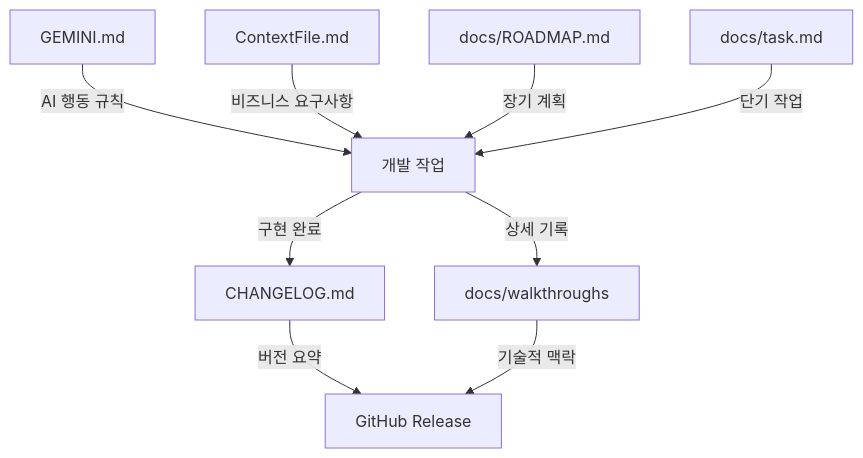
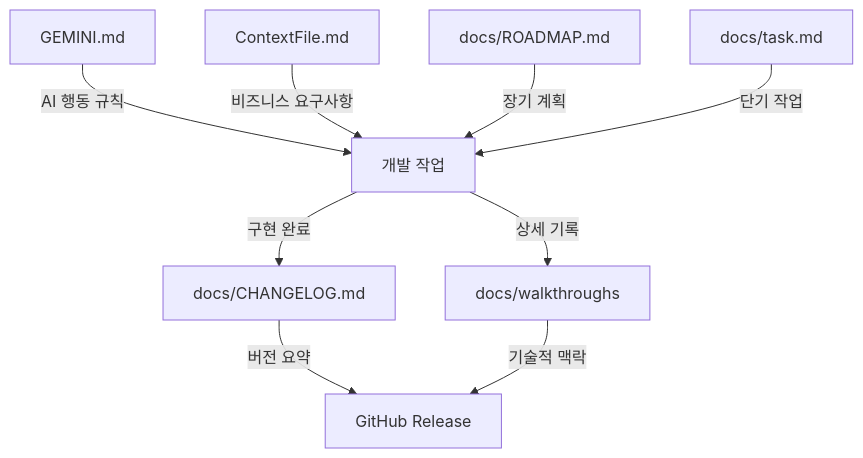
Before and after one commit to deuxksy/today-vn-news: the second of 2 diagrams in README.md, drawn with Mermaid. The commit also changed other lines of this file and 2 other files, not shown here.

First line of the commit message:
refactor: CHANGELOG.md를 docs/ 폴더로 이동

````diff
--- a/README.md
+++ b/README.md
@@ -117,11 +117,11 @@
 ```mermaid
 graph TB
     A[GEMINI.md] -->|AI 행동 규칙| B[개발 작업]
     C[ContextFile.md] -->|비즈니스 요구사항| B
     D[docs/ROADMAP.md] -->|장기 계획| B
     E[docs/task.md] -->|단기 작업| B
-    B -->|구현 완료| F[CHANGELOG.md]
+    B -->|구현 완료| F[docs/CHANGELOG.md]
     B -->|상세 기록| G[docs/walkthroughs]
     F -->|버전 요약| H[GitHub Release]
     G -->|기술적 맥락| H
 ```
````
